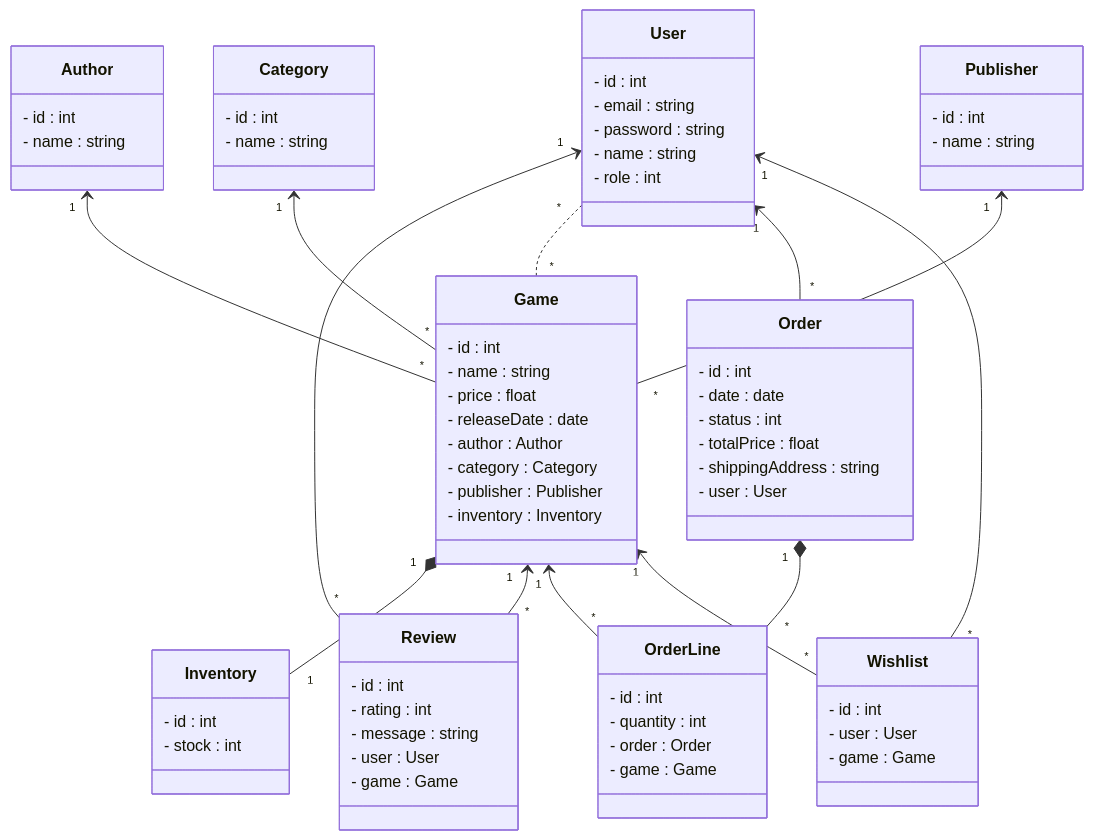
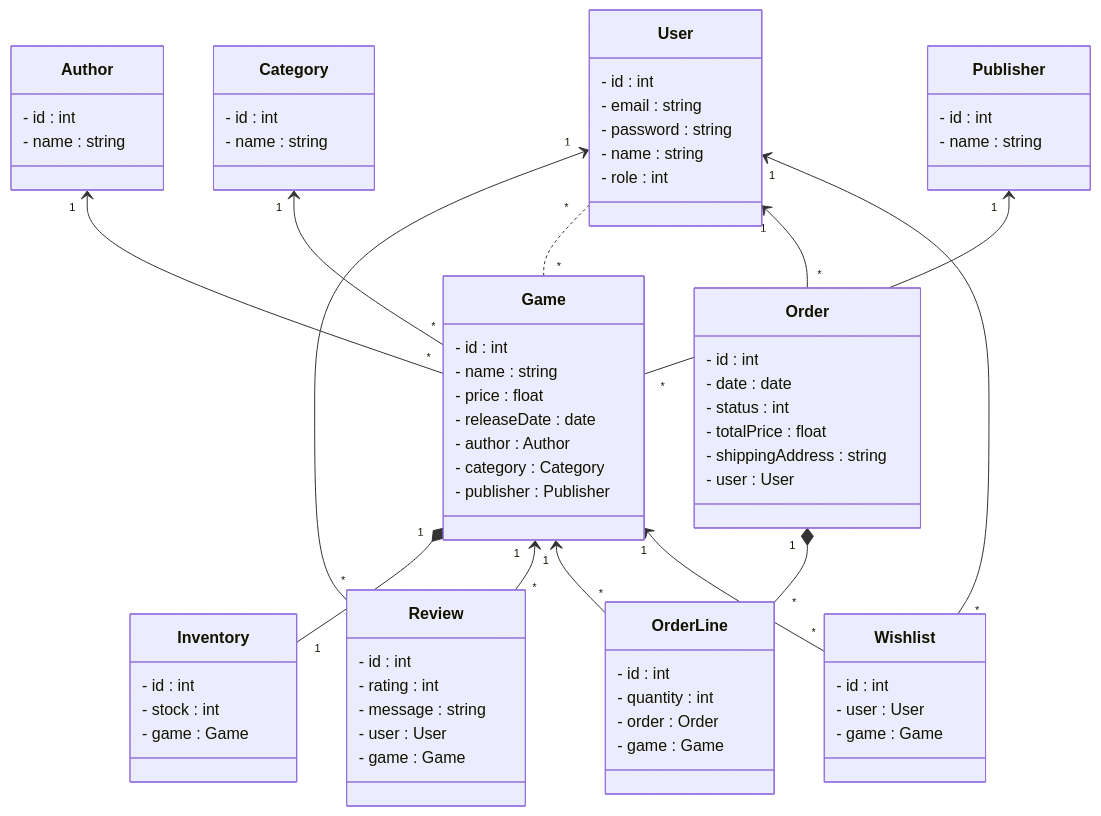
One commit to ReVolTPFE/iscod-b4-edc-games-up changed the diagram in docs/class-diagram.md. Above: the diagram before and after it, drawn with Mermaid. The commit also changed 13 other files, not shown here.

```diff
--- a/docs/class-diagram.md
+++ b/docs/class-diagram.md
@@ -19,6 +19,7 @@
     class Inventory {
         - id : int
         - stock : int
+        - game : Game
     }
 
     class Order {
@@ -67,7 +68,6 @@
         - author : Author
         - category : Category
         - publisher : Publisher
-        - inventory : Inventory
     }
 
     Author "1" <-- "*" Game
```
